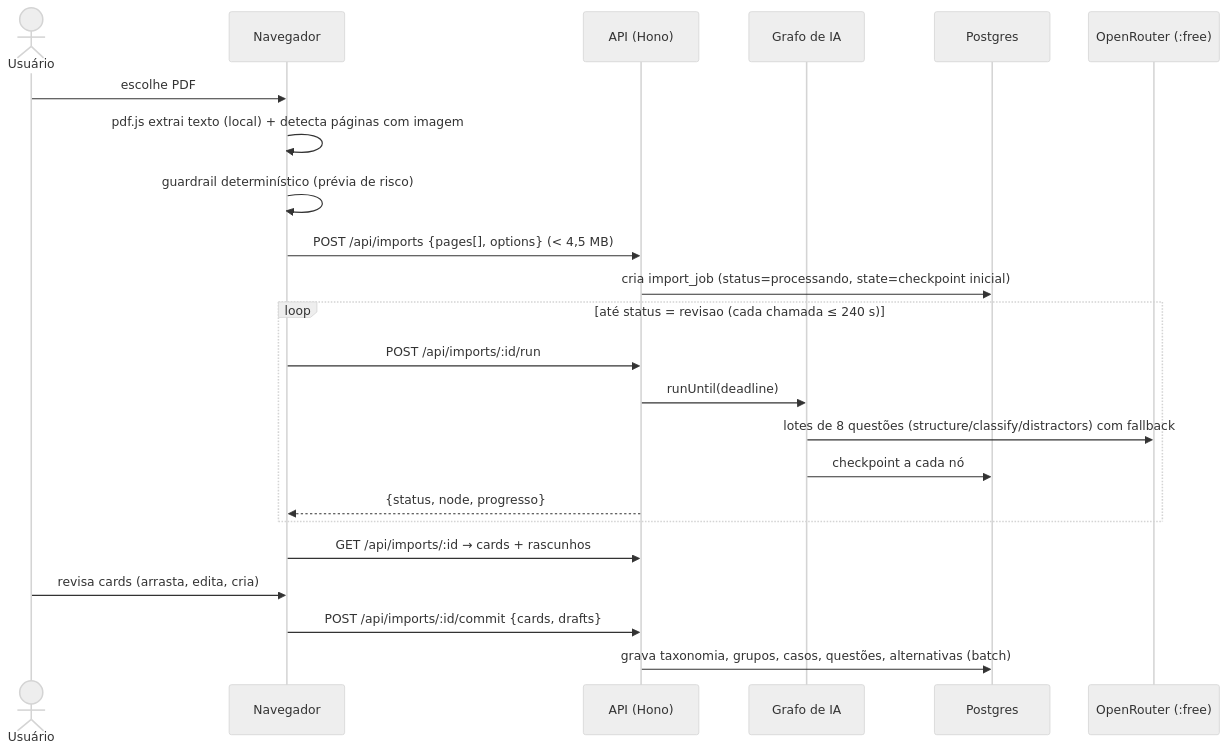
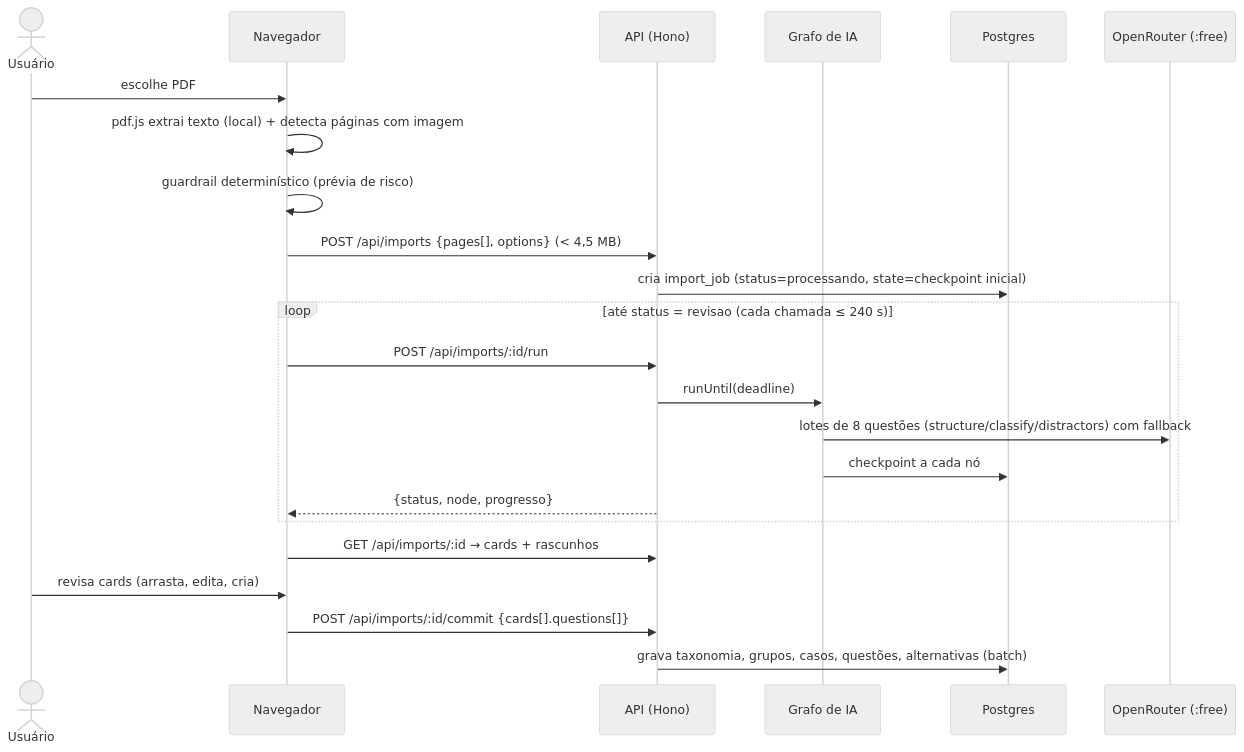
The second of 3 diagrams in docs/04-arquitetura.md (mur1ll0/deus-provera), drawn with Mermaid (neutral theme) before and after one commit. The commit also changed other lines of this file and 18 other files, not shown here.

````diff
--- a/docs/04-arquitetura.md
+++ b/docs/04-arquitetura.md
@@ -78,26 +78,26 @@
 ```mermaid
 sequenceDiagram
   actor U as Usuário
   participant B as Navegador
   participant A as API (Hono)
   participant G as Grafo de IA
   participant DB as Postgres
   participant OR as OpenRouter (:free)
 
   U->>B: escolhe PDF
   B->>B: pdf.js extrai texto (local) + detecta páginas com imagem
   B->>B: guardrail determinístico (prévia de risco)
   B->>A: POST /api/imports {pages[], options}  (< 4,5 MB)
   A->>DB: cria import_job (status=processando, state=checkpoint inicial)
   loop até status = revisao (cada chamada ≤ 240 s)
     B->>A: POST /api/imports/:id/run
     A->>G: runUntil(deadline)
     G->>OR: lotes de 8 questões (structure/classify/distractors) com fallback
     G->>DB: checkpoint a cada nó
     A-->>B: {status, node, progresso}
   end
   B->>A: GET /api/imports/:id  → cards + rascunhos
   U->>B: revisa cards (arrasta, edita, cria)
-  B->>A: POST /api/imports/:id/commit {cards, drafts}
+  B->>A: POST /api/imports/:id/commit {cards[].questions[]}
   A->>DB: grava taxonomia, grupos, casos, questões, alternativas (batch)
 ```
````
